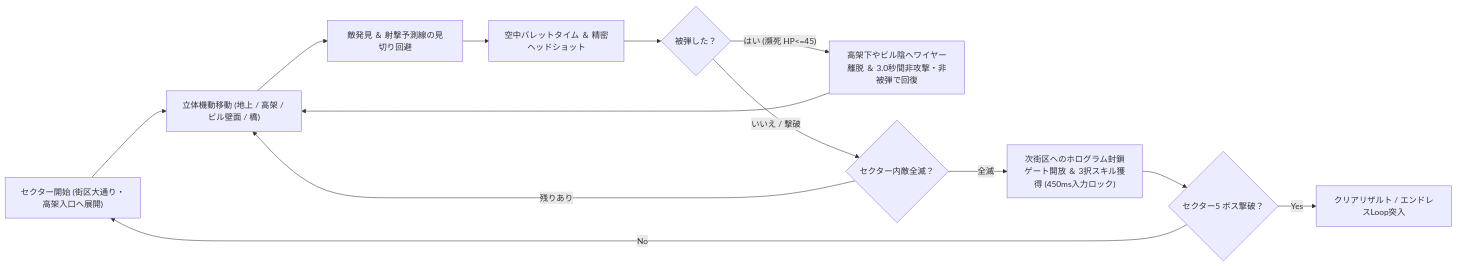
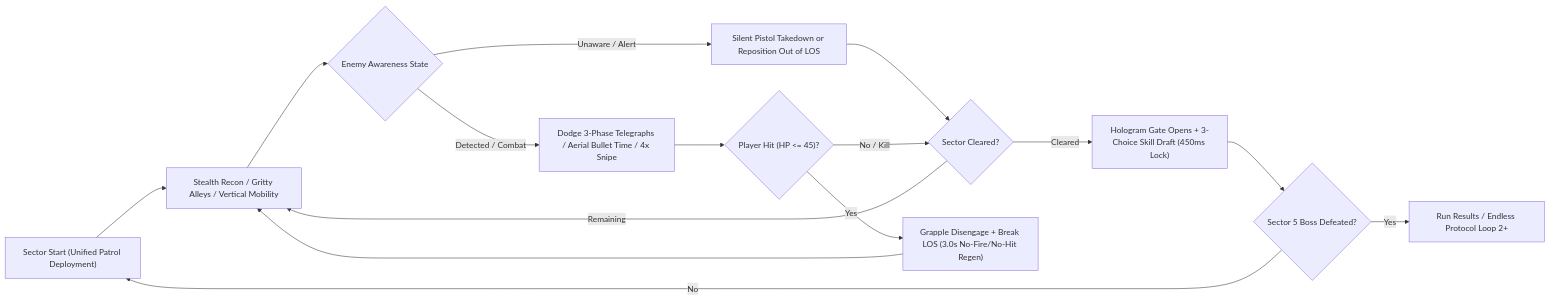
Before and after one commit to haruyashimadajp/3D-action: the first of 2 diagrams in GAME_DESIGN_SPEC.md, drawn with Mermaid. The commit also changed other lines of this file and 1 other file, not shown here.

Commit message:
docs: translate GAME_DESIGN_SPEC.md to English (v1.5) and add Phase 8 brush-up plan

````diff
--- a/GAME_DESIGN_SPEC.md
+++ b/GAME_DESIGN_SPEC.md
@@ -39,15 +41,17 @@
 ```mermaid
 flowchart LR
-    A["セクター開始 (街区大通り・高架入口へ展開)"] --> B["立体機動移動 (地上 / 高架 / ビル壁面 / 橋)"]
-    B --> C["敵発見 ＆ 射撃予測線の見切り回避"]
-    C --> D["空中バレットタイム ＆ 精密ヘッドショット"]
-    D --> E{"被弾した？"}
-    E -- "はい (瀕死 HP<=45)" --> F["高架下やビル陰へワイヤー離脱 ＆ 3.0秒間非攻撃・非被弾で回復"]
-    F --> B
-    E -- "いいえ / 撃破" --> G{"セクター内敵全滅？"}
-    G -- "残りあり" --> B
-    G -- "全滅" --> H["次街区へのホログラム封鎖ゲート開放 ＆ 3択スキル獲得 (450ms入力ロック)"]
-    H --> I{"セクター5 ボス撃破？"}
-    I -- "No" --> A
-    I -- "Yes" --> J["クリアリザルト / エンドレスLoop突入"]
+    A["Sector Start (Unified Patrol Deployment)"] --> B["Stealth Recon / Gritty Alleys / Vertical Mobility"]
+    B --> C{"Enemy Awareness State"}
+    C -- "Unaware / Alert" --> D["Silent Pistol Takedown or Reposition Out of LOS"]
+    C -- "Detected / Combat" --> E["Dodge 3-Phase Telegraphs / Aerial Bullet Time / 4x Snipe"]
+    D --> F{"Sector Cleared?"}
+    E --> G{"Player Hit (HP <= 45)?"}
+    G -- "Yes" --> H["Grapple Disengage + Break LOS (3.0s No-Fire/No-Hit Regen)"]
+    H --> B
+    G -- "No / Kill" --> F
+    F -- "Remaining" --> B
+    F -- "Cleared" --> I["Hologram Gate Opens + 3-Choice Skill Draft (450ms Lock)"]
+    I --> J{"Sector 5 Boss Defeated?"}
+    J -- "No" --> A
+    J -- "Yes" --> K["Run Results / Endless Protocol Loop 2+"]
 ```
````
